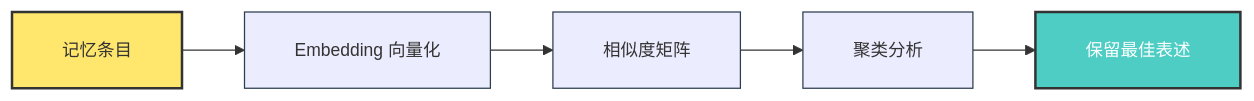
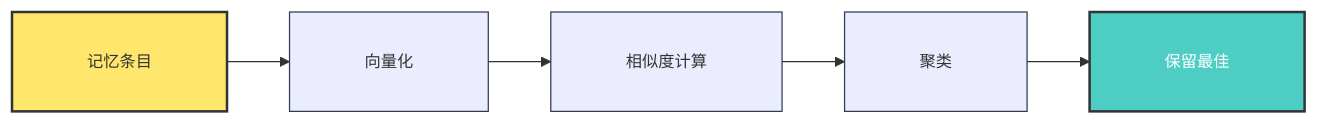
The sixth of 11 diagrams in docs/research/claude-code-auto-dream.md (yufengyuanx/blog), drawn with Mermaid before and after one commit. The commit also changed other lines of this file, not shown here.

Commit message:
fix: 最终优化 Mermaid 图表（13px 字体 + 10px 边距 + 30px padding + 精简文字）

````diff
--- a/docs/research/claude-code-auto-dream.md
+++ b/docs/research/claude-code-auto-dream.md
@@ -348,11 +341,11 @@
 ```mermaid
-%%{init: {'theme': 'default', 'themeVariables': { 'fontSize': '14px', 'nodeBorder': '#2c3e50', 'clusterBkg': '#f8f9fa', 'nodeTextMargin': 4 }, 'flowchart': { 'curve': 'basis', 'padding': 20 }}}%%
+%%{init: {'theme': 'default', 'themeVariables': { 'fontSize': '13px', 'nodeBorder': '#2c3e50', 'clusterBkg': '#f8f9fa', 'nodeTextMargin': 10 }, 'flowchart': { 'curve': 'basis', 'padding': 30 }}}%%
 graph LR
-    A[记忆条目] --> B[Embedding 向量化]
-    B --> C[相似度矩阵]
-    C --> D[聚类分析]
-    D --> E[保留最佳表述]
+    A[记忆条目] --> B[向量化]
+    B --> C[相似度计算]
+    C --> D[聚类]
+    D --> E[保留最佳]
     
     style A fill:#ffe66d,stroke:#333,stroke-width:2px
     style E fill:#4ecdc4,color:#fff,stroke:#333,stroke-width:2px
 ```
````
